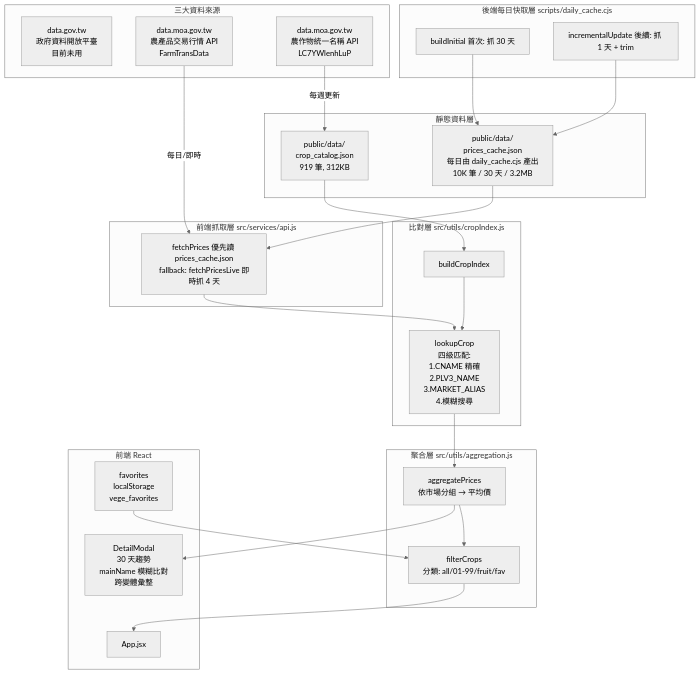
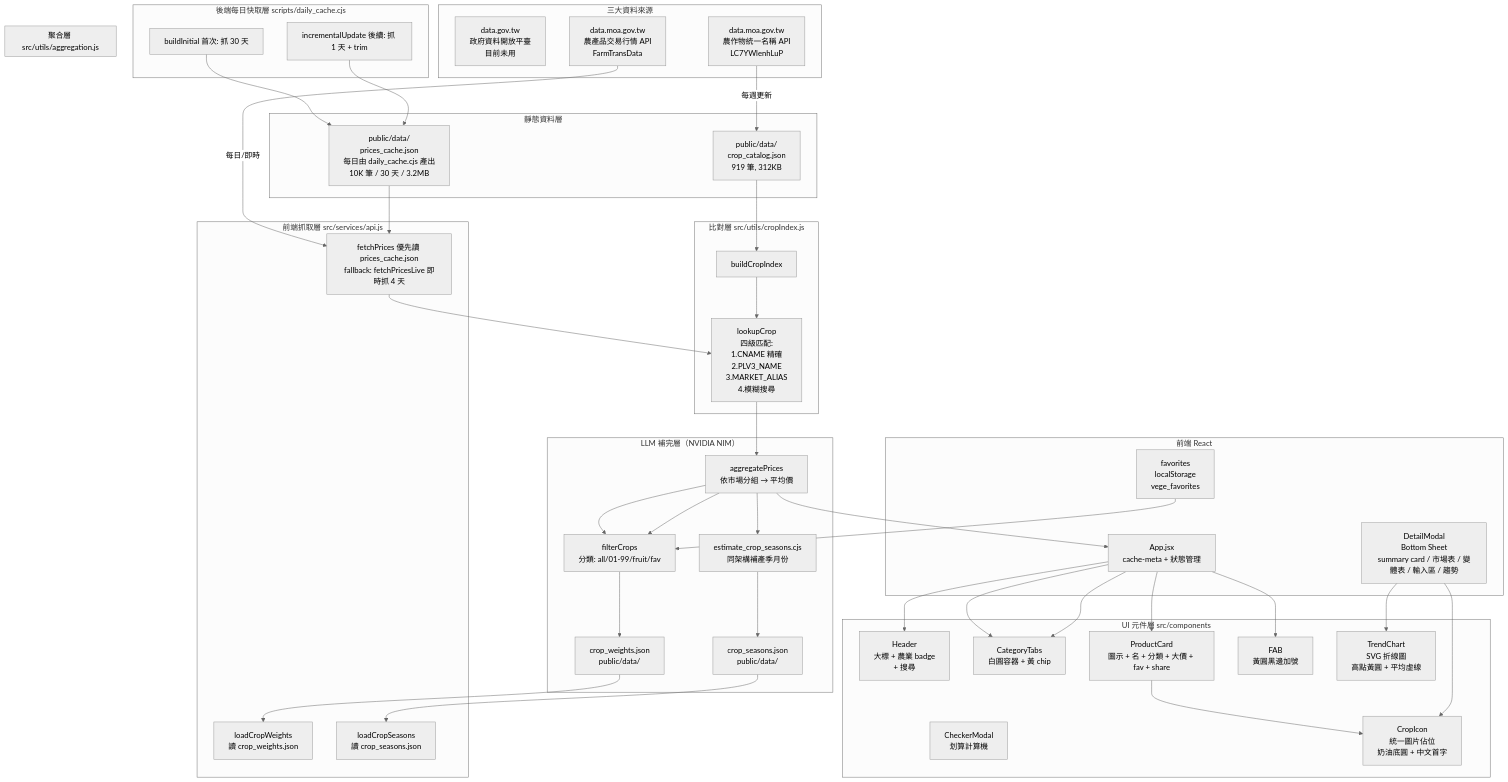
One commit to krownsh/vage-app changed the diagram in docs/architecture_map.md. Above: the diagram before and after it, drawn with Mermaid (neutral theme). The commit also changed other lines of this file and 15 other files, not shown here.

````diff
--- a/docs/architecture_map.md
+++ b/docs/architecture_map.md
@@ -22,8 +22,18 @@
     DC2[incrementalUpdate 後續: 抓 1 天 + trim]
   end
 
+  subgraph LLM[LLM 補完層（NVIDIA NIM）]
+    E1[batches/<br/>14 batch × 30 項]
+    E2[estimate_crop_weights.cjs<br/>跑 nemotron-super-49b]
+    E3[estimate_crop_seasons.cjs<br/>同架構補產季月份]
+    E4[crop_weights.json<br/>public/data/]
+    E5[crop_seasons.json<br/>public/data/]
+  end
+
   subgraph Fetch[前端抓取層 src/services/api.js]
     C1[fetchPrices 優先讀 prices_cache.json<br/>fallback: fetchPricesLive 即時抓 4 天]
+    CW[loadCropWeights<br/>讀 crop_weights.json]
+    CS[loadCropSeasons<br/>讀 crop_seasons.json]
   end
 
   subgraph Match[比對層 src/utils/cropIndex.js]
@@ -37,9 +47,19 @@
   end
 
   subgraph UI[前端 React]
-    F1[App.jsx]
-    F2[DetailModal<br/>30 天趨勢<br/>mainName 模糊比對<br/>跨變體彙整]
+    F1[App.jsx<br/>cache-meta + 狀態管理]
+    F2[DetailModal<br/>Bottom Sheet<br/>summary card / 市場表 / 變體表 / 輸入區 / 趨勢]
     F3[favorites<br/>localStorage<br/>vege_favorites]
+  end
+
+  subgraph UIComp[UI 元件層 src/components]
+    UC1[Header<br/>大標 + 農業 badge<br/>+ 搜尋]
+    UC2[CategoryTabs<br/>白圓容器 + 黃 chip]
+    UC3[ProductCard<br/>圖示 + 名 + 分類 + 大價 + fav + share]
+    UC4[FAB<br/>黃圓黑邊加號]
+    UC5[TrendChart<br/>SVG 折線圖<br/>高點黃圓 + 平均虛線]
+    UC6[CheckerModal<br/>划算計算機]
+    UC7[CropIcon<br/>統一圖片佔位<br/>奶油底圓 + 中文首字]
   end
 
   A2 -->|每日/即時| C1
@@ -50,9 +70,20 @@
   DC1 --> B2
   DC2 --> B2
   B2 --> C1
+  E1 --> E2 --> E4
+  E1 --> E3 --> E5
+  E4 --> CW
+  E5 --> CS
   D2 --> E1
   E1 --> E2
-  E1 --> F2
-  E2 --> F1
+  E1 --> F1
+  F1 --> UC1
+  F1 --> UC2
+  F1 --> UC3
+  F1 --> UC4
+  F1 --> UC2
   F3 --> E2
+  UC3 --> UC7
+  F2 --> UC5
+  F2 --> UC7
 ```
````
